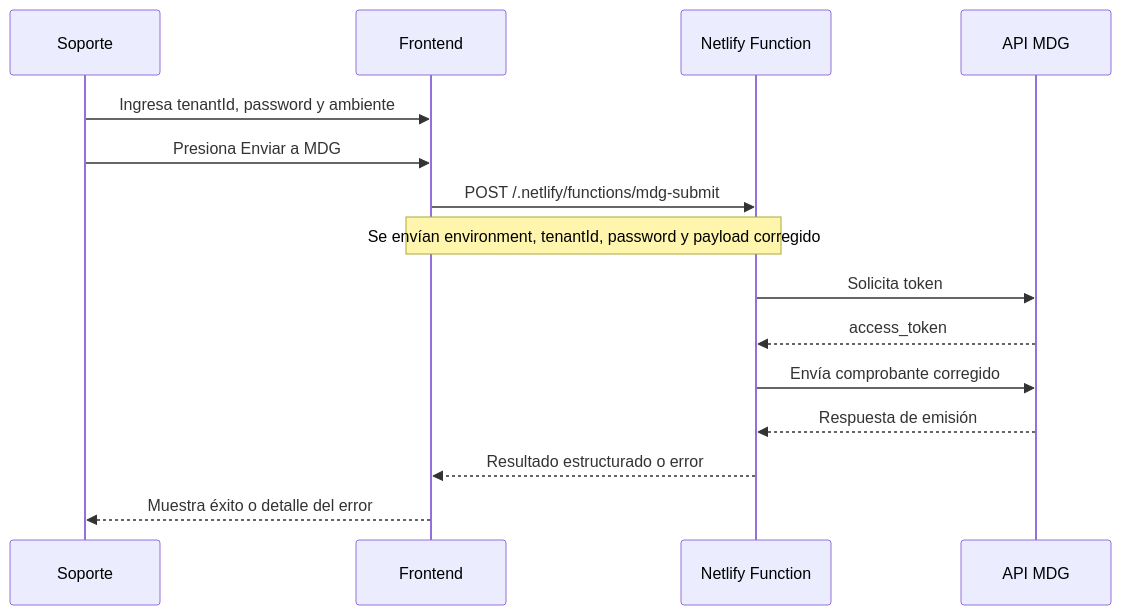
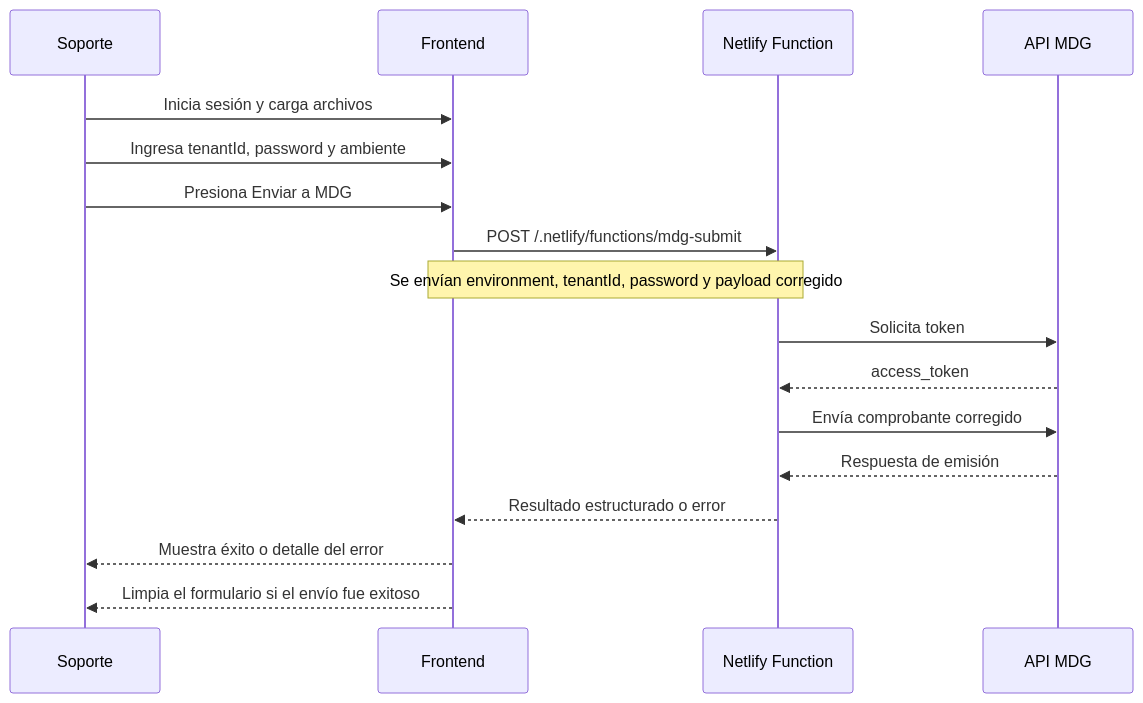
The fourth of 4 diagrams in README.md (hioposcr/hioposutil), drawn with Mermaid before and after one commit. The commit also changed other lines of this file, not shown here.

Commit message:
docs: update README with auth and MDG flow

````diff
--- a/README.md
+++ b/README.md
@@ -75,18 +101,20 @@
 ```mermaid
 sequenceDiagram
     participant S as Soporte
     participant FE as Frontend
     participant NF as Netlify Function
     participant MDG as API MDG
 
+    S->>FE: Inicia sesión y carga archivos
     S->>FE: Ingresa tenantId, password y ambiente
     S->>FE: Presiona Enviar a MDG
     FE->>NF: POST /.netlify/functions/mdg-submit
     Note over FE,NF: Se envían environment, tenantId, password y payload corregido
     NF->>MDG: Solicita token
     MDG-->>NF: access_token
     NF->>MDG: Envía comprobante corregido
     MDG-->>NF: Respuesta de emisión
     NF-->>FE: Resultado estructurado o error
     FE-->>S: Muestra éxito o detalle del error
+    FE-->>S: Limpia el formulario si el envío fue exitoso
 ```
````
